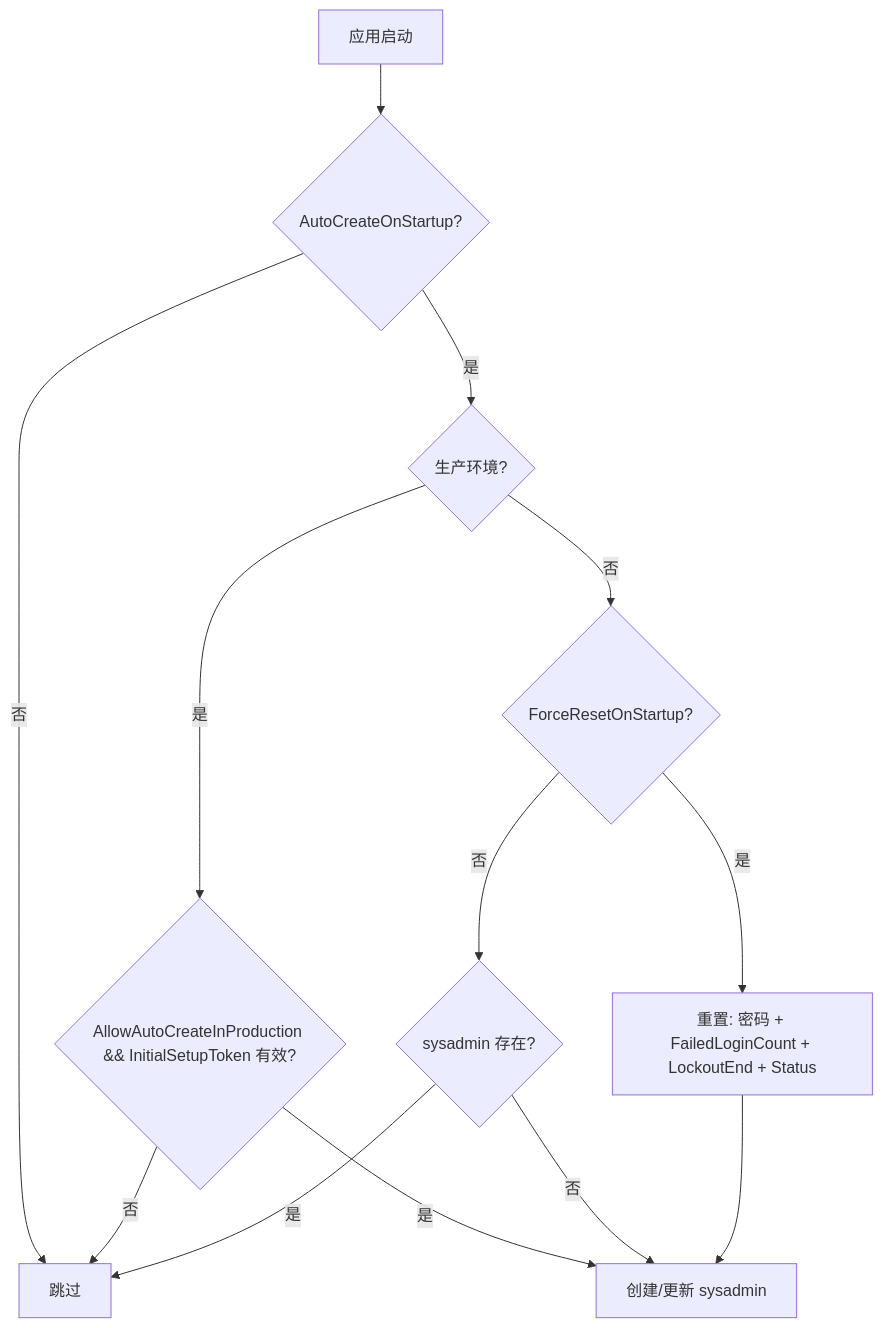
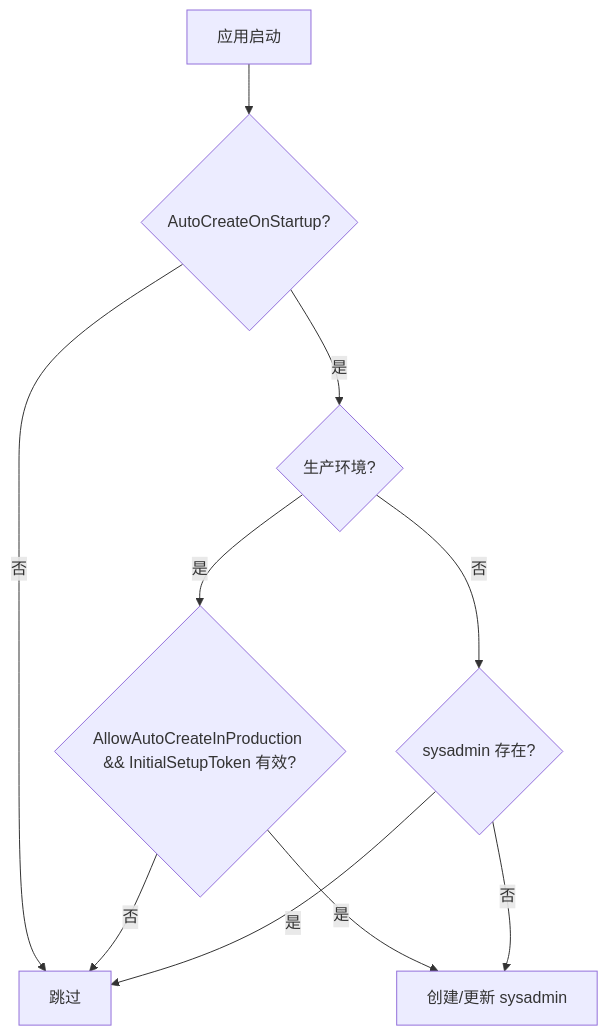
One commit to shouqitao/LYBTZYZS changed the second of 2 diagrams in docs/05-development/05-security-password-management.md. Above: the diagram before and after it, drawn with Mermaid. The commit also changed other lines of this file and 6 other files, not shown here.

````diff
--- a/docs/05-development/05-security-password-management.md
+++ b/docs/05-development/05-security-password-management.md
@@ -102,15 +102,12 @@
 ```mermaid
 graph TD
     A[应用启动] --> B{AutoCreateOnStartup?}
     B -->|否| Z[跳过]
     B -->|是| C{生产环境?}
     C -->|是| D{AllowAutoCreateInProduction && InitialSetupToken 有效?}
     D -->|否| Z
     D -->|是| E[创建/更新 sysadmin]
-    C -->|否| F{ForceResetOnStartup?}
-    F -->|是| G[重置: 密码 + FailedLoginCount + LockoutEnd + Status]
-    F -->|否| H{sysadmin 存在?}
+    C -->|否| H{sysadmin 存在?}
     H -->|是| Z
     H -->|否| E
-    G --> E
 ```
````
